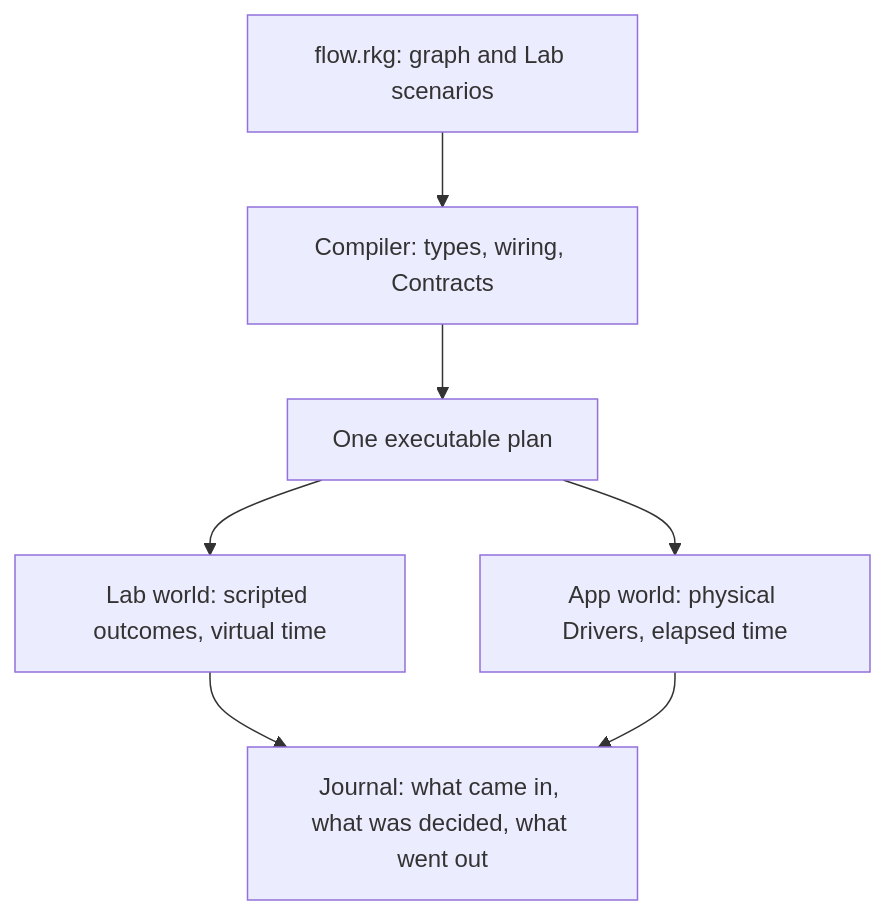
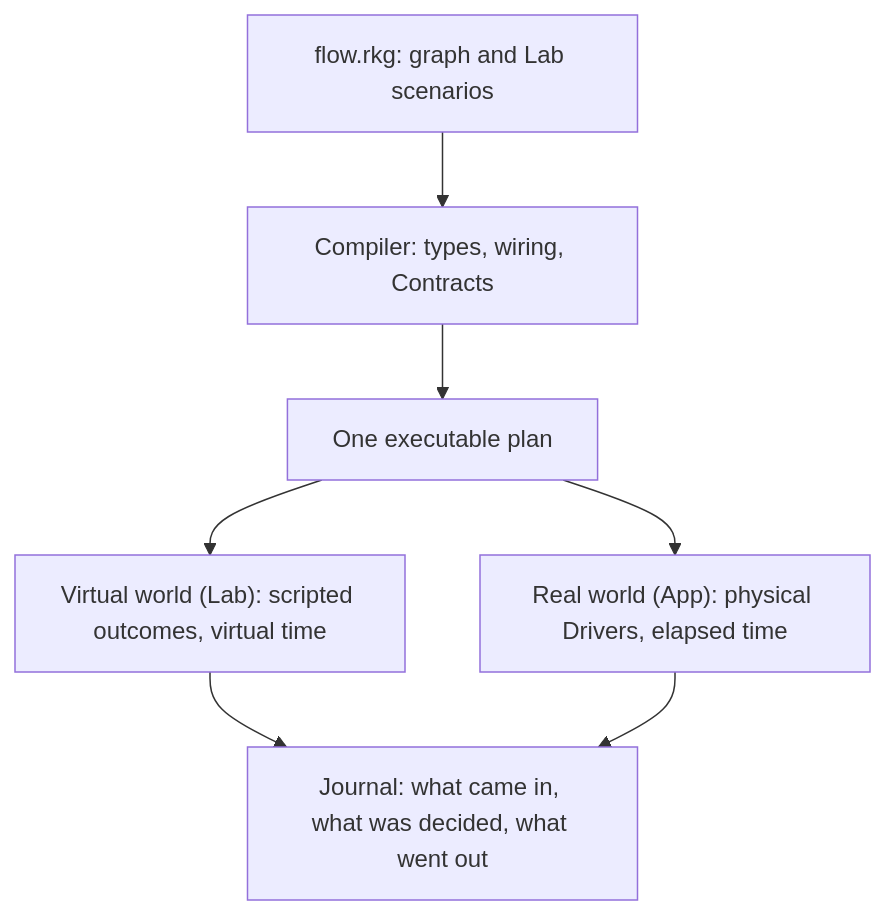
The second of 3 diagrams in docs/site/index.md (rastok-io/rastok), drawn with Mermaid before and after one commit. The commit also changed other lines of this file and 9 other files, not shown here.

````diff
--- a/docs/site/index.md
+++ b/docs/site/index.md
@@ -125,9 +125,9 @@
 ```mermaid
 flowchart TD
     source["flow.rkg: graph and Lab scenarios"] --> compiler["Compiler: types, wiring, Contracts"]
     compiler --> plan["One executable plan"]
-    plan --> lab["Lab world: scripted outcomes, virtual time"]
-    plan --> app["App world: physical Drivers, elapsed time"]
+    plan --> lab["Virtual world (Lab): scripted outcomes, virtual time"]
+    plan --> app["Real world (App): physical Drivers, elapsed time"]
     lab --> journal["Journal: what came in, what was decided, what went out"]
     app --> journal
 ```
````
